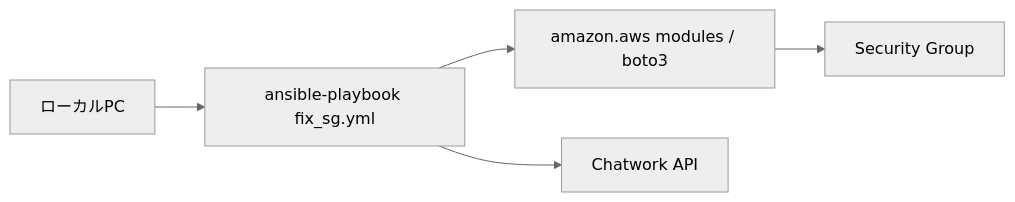
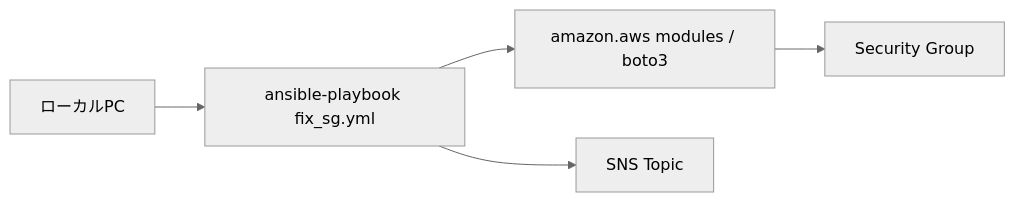
The third of 4 diagrams in self-healing-infra/ARCHITECTURE.md (tk-21/terraform-lab), drawn with Mermaid (neutral theme) before and after one commit. The commit also changed other lines of this file and 8 other files, not shown here.

````diff
--- a/self-healing-infra/ARCHITECTURE.md
+++ b/self-healing-infra/ARCHITECTURE.md
@@ -267,7 +268,7 @@
 ```mermaid
 flowchart LR
     Local[ローカルPC] --> Playbook[ansible-playbook fix_sg.yml]
     Playbook --> AWSAPI[amazon.aws modules / boto3]
     AWSAPI --> SG[Security Group]
-    Playbook --> Chatwork[Chatwork API]
+    Playbook --> SNS[SNS Topic]
 ```
````
